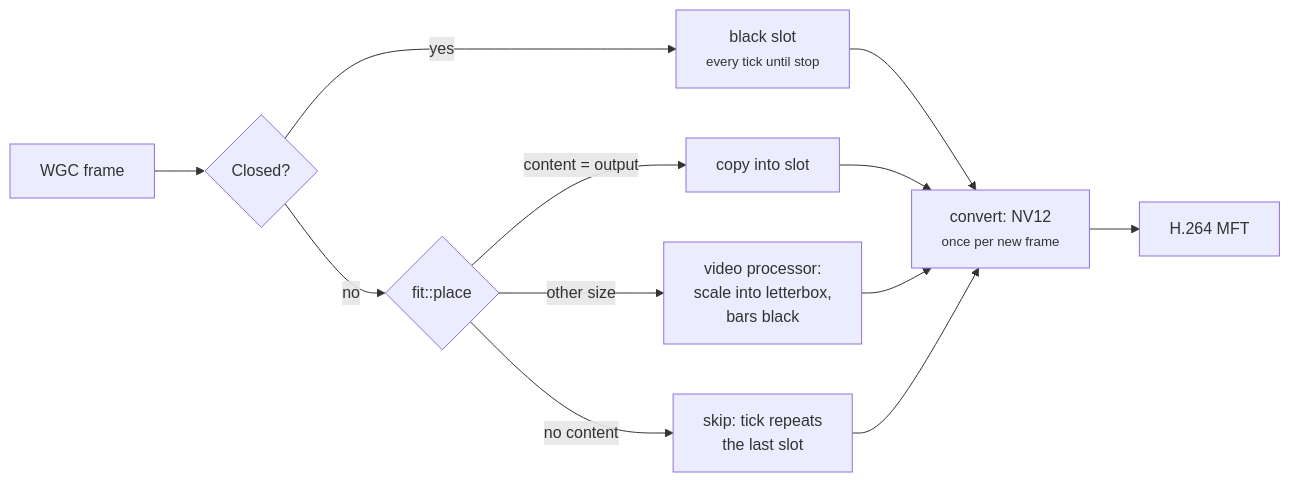
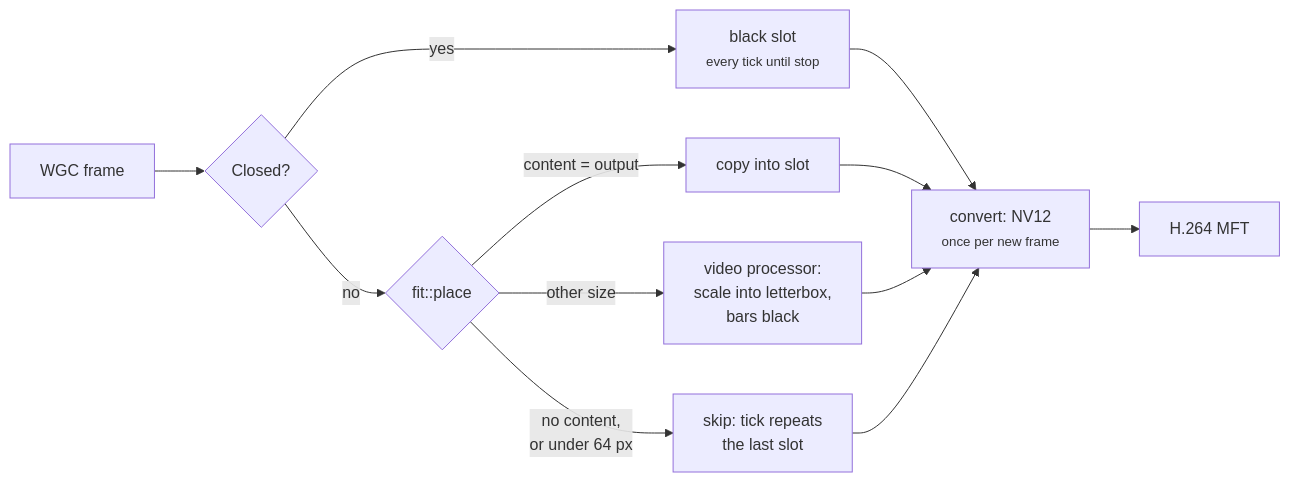
One commit to NinjaGoldfinch/ninja-recorder changed the fifth of 10 diagrams in docs/architecture.md. Above: the diagram before and after it, drawn with Mermaid. The commit also changed other lines of this file and 2 other files, not shown here.

First line of the commit message:
fix(own): hold the last picture for a minimised window's 1x1 frame (#303)

````diff
--- a/docs/architecture.md
+++ b/docs/architecture.md
@@ -280,14 +283,14 @@
 ```mermaid
 flowchart LR
     F["WGC frame"] --> C{"Closed?"}
     C -->|yes| B["black slot<br/><small>every tick until stop</small>"]
     C -->|no| P{"fit::place"}
     P -->|"content = output"| CP["copy into slot"]
     P -->|"other size"| VP["video processor:<br/>scale into letterbox,<br/>bars black"]
-    P -->|"no content"| SK["skip: tick repeats<br/>the last slot"]
+    P -->|"no content,<br/>or under 64 px"| SK["skip: tick repeats<br/>the last slot"]
     CP --> W["convert: NV12<br/><small>once per new frame</small>"]
     VP --> W
     B --> W
     SK --> W
     W --> E["H.264 MFT"]
 ```
````
